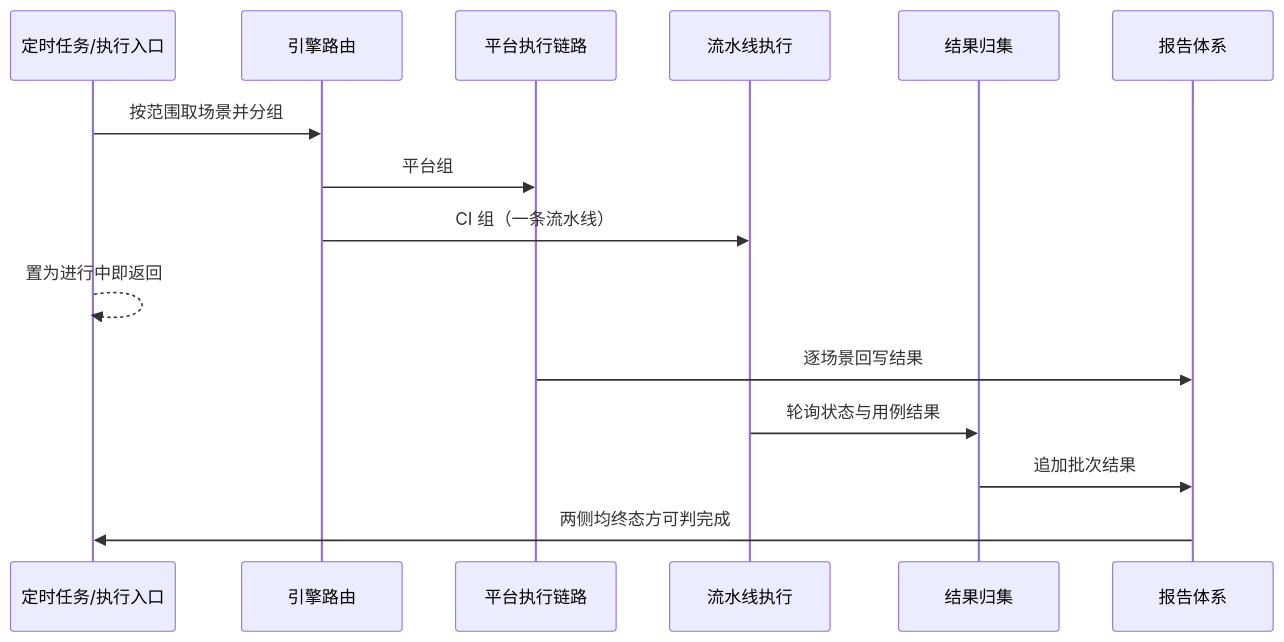
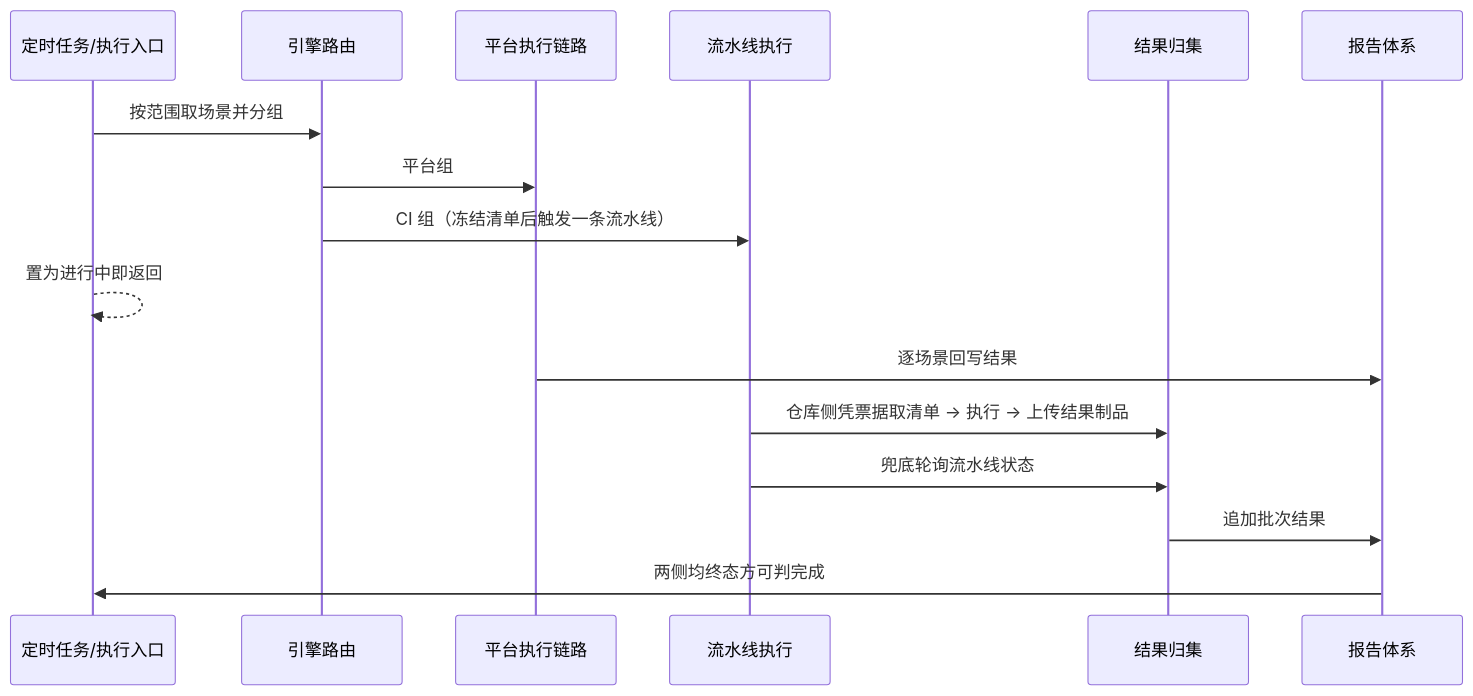
The second of 3 diagrams in docs/02-high-level-design/05-api-testing/11-hld-api-gitlab-integration.md (XiaoMiSum/robotest), drawn with Mermaid before and after one commit. The commit also changed other lines of this file and 6 other files, not shown here.

````diff
--- a/docs/02-high-level-design/05-api-testing/11-hld-api-gitlab-integration.md
+++ b/docs/02-high-level-design/05-api-testing/11-hld-api-gitlab-integration.md
@@ -131,18 +133,19 @@
 ```mermaid
 sequenceDiagram
     participant T as 定时任务/执行入口
     participant X as 引擎路由
     participant E as 平台执行链路
     participant P as 流水线执行
     participant C as 结果归集
     participant R as 报告体系
 
     T->>X: 按范围取场景并分组
     X->>E: 平台组
-    X->>P: CI 组（一条流水线）
+    X->>P: CI 组（冻结清单后触发一条流水线）
     T-->>T: 置为进行中即返回
     E->>R: 逐场景回写结果
-    P->>C: 轮询状态与用例结果
+    P->>C: 仓库侧凭票据取清单 → 执行 → 上传结果制品
+    P->>C: 兜底轮询流水线状态
     C->>R: 追加批次结果
     R->>T: 两侧均终态方可判完成
 ```
````
